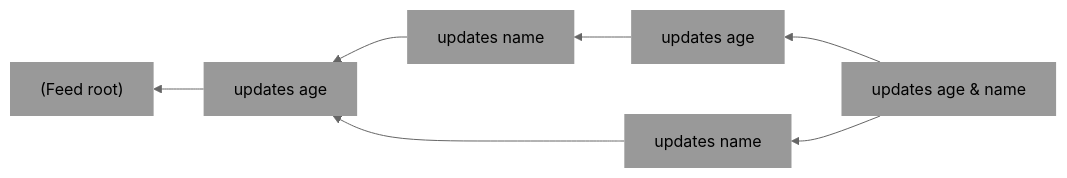
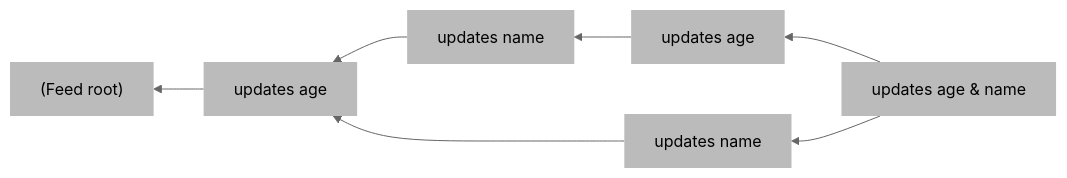
One commit to staltz/ppppp-dict changed the first of 6 diagrams in protospec.md. Above: the diagram before and after it, drawn with Mermaid (neutral theme). The commit also changed other lines of this file, not shown here.

Commit message:
even prettier protospec mermaid

````diff
--- a/protospec.md
+++ b/protospec.md
@@ -5,15 +5,15 @@
 ```mermaid
 graph RL
 
 R["(Feed root)"]:::feedroot
 A[updates age]
 B[updates name]
 C[updates age]
 D[updates name]
 E[updates age & name]
 
 C-->B-->A-->R
 D--->A
 E-->D & C
-classDef default fill:#999,stroke:#fff0,color:#000
+classDef default fill:#bbb,stroke:#fff0,color:#000
 ```
````
